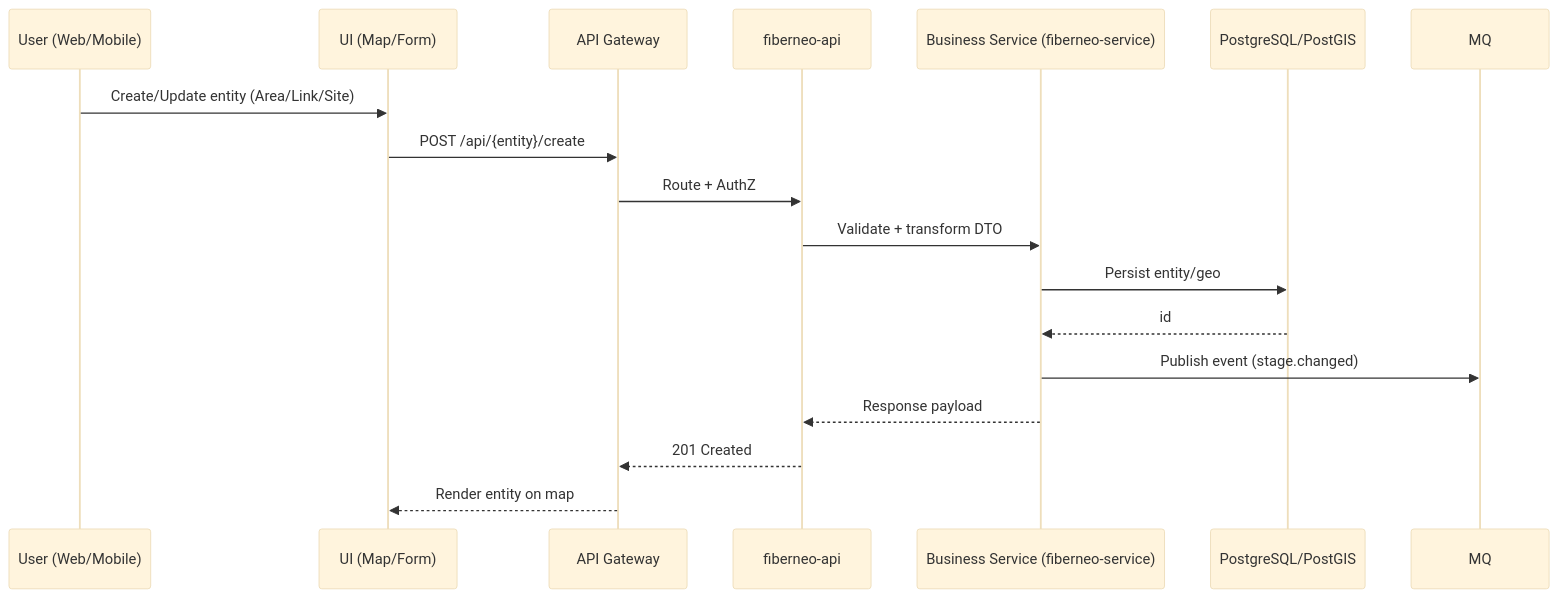
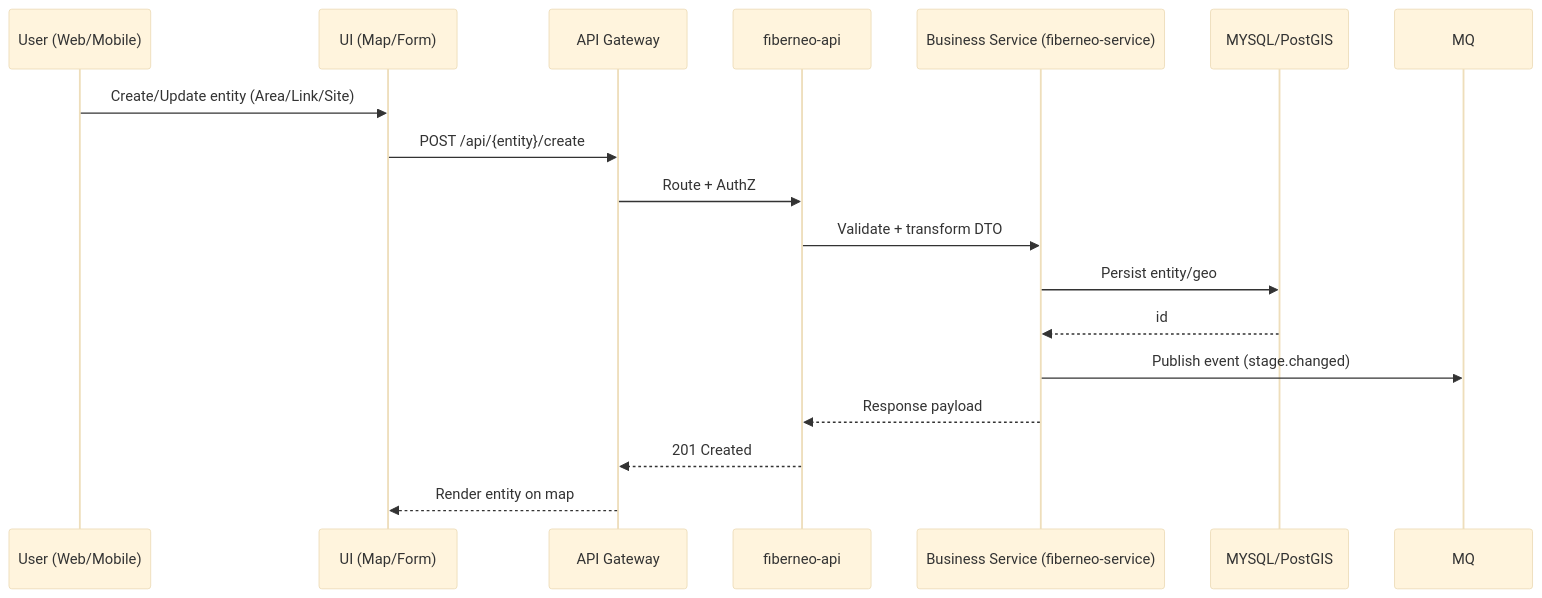
Before and after one commit to BhavikVisionGit/Fiberneo-Documents: the third of 13 diagrams in Fiberneo-Document/LLD/LLD.md, drawn with Mermaid (base theme). The commit also changed other lines of this file, not shown here.

````diff
--- a/Fiberneo-Document/LLD/LLD.md
+++ b/Fiberneo-Document/LLD/LLD.md
@@ -233,20 +235,20 @@
 ```mermaid
 sequenceDiagram
   participant U as User (Web/Mobile)
   participant UI as UI (Map/Form)
   participant GW as API Gateway
   participant API as fiberneo-api
   participant SVC as Business Service (fiberneo-service)
-  participant DB as PostgreSQL/PostGIS
+  participant DB as MYSQL/PostGIS
 
   U->>UI: Create/Update entity (Area/Link/Site)
   UI->>GW: POST /api/{entity}/create
   GW->>API: Route + AuthZ
   API->>SVC: Validate + transform DTO
   SVC->>DB: Persist entity/geo
   DB-->>SVC: id
   SVC->>MQ: Publish event (stage.changed)
   SVC-->>API: Response payload
   API-->>GW: 201 Created
   GW-->>UI: Render entity on map
 ```
````
